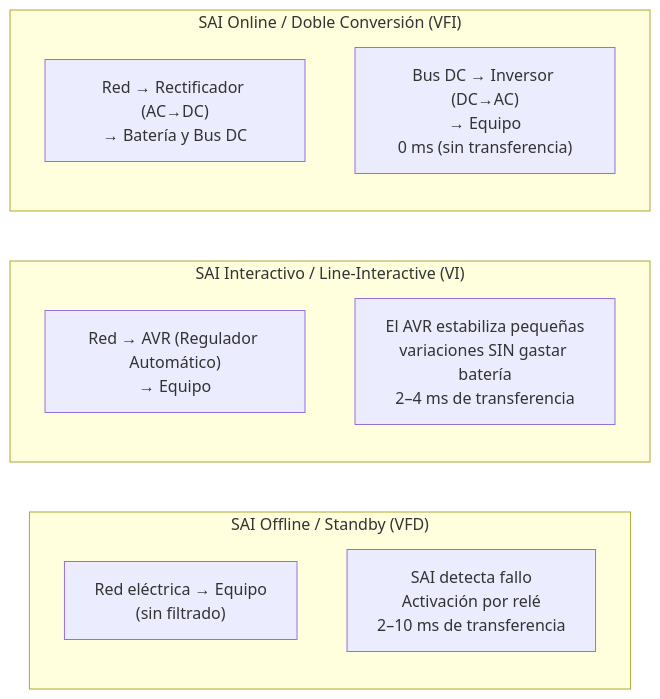
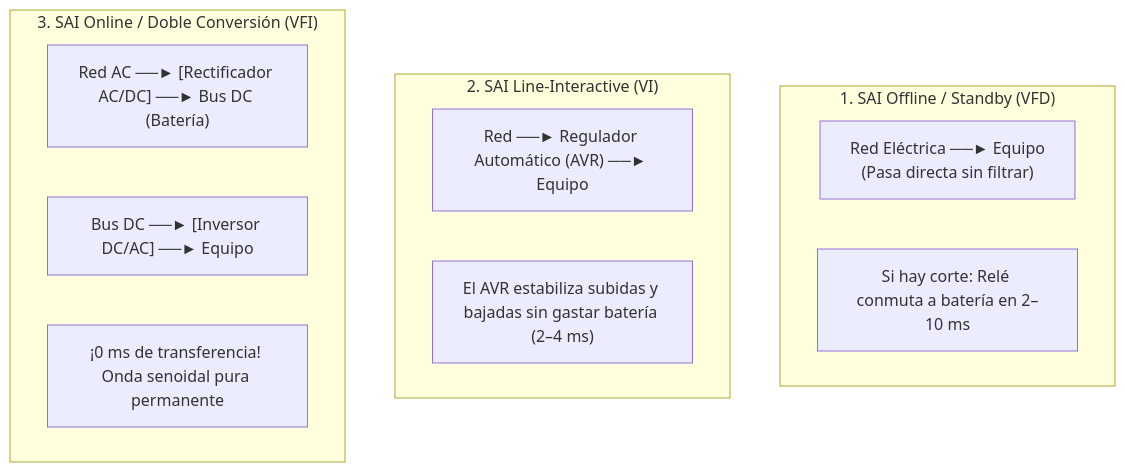
Before and after one commit to JohnDSil/apuntes_asir: the second of 3 diagrams in docs/2-curso/sad/02-seguridad-fisica-sai-backup.md, drawn with Mermaid. The commit also changed other lines of this file and 4 other files, not shown here.

````diff
--- a/docs/2-curso/sad/02-seguridad-fisica-sai-backup.md
+++ b/docs/2-curso/sad/02-seguridad-fisica-sai-backup.md
@@ -49,15 +56,16 @@
 ```mermaid
-flowchart LR
-    subgraph Offline ["SAI Offline / Standby (VFD)"]
-        O1["Red eléctrica → Equipo\n(sin filtrado)"]
-        O2["SAI detecta fallo\nActivación por relé\n2–10 ms de transferencia"]
+flowchart TD
+    subgraph OFFLINE ["1. SAI Offline / Standby (VFD)"]
+        O1["Red Eléctrica ──► Equipo\n(Pasa directa sin filtrar)"]
+        O2["Si hay corte: Relé conmuta a batería en 2–10 ms"]
     end
-    subgraph Interactivo ["SAI Interactivo / Line-Interactive (VI)"]
-        I1["Red → AVR (Regulador Automático)\n→ Equipo"]
-        I2["El AVR estabiliza pequeñas\nvariaciones SIN gastar batería\n2–4 ms de transferencia"]
+    subgraph LINE_INT ["2. SAI Line-Interactive (VI)"]
+        L1["Red ──► Regulador Automático (AVR) ──► Equipo"]
+        L2["El AVR estabiliza subidas y bajadas sin gastar batería (2–4 ms)"]
     end
-    subgraph Online ["SAI Online / Doble Conversión (VFI)"]
-        L1["Red → Rectificador (AC→DC)\n→ Batería y Bus DC"]
-        L2["Bus DC → Inversor (DC→AC)\n→ Equipo\n0 ms (sin transferencia)"]
+    subgraph ONLINE ["3. SAI Online / Doble Conversión (VFI)"]
+        N1["Red AC ──► [Rectificador AC/DC] ──► Bus DC (Batería)"]
+        N2["Bus DC ──► [Inversor DC/AC] ──► Equipo"]
+        N3["¡0 ms de transferencia! Onda senoidal pura permanente"]
     end
 ```
````
